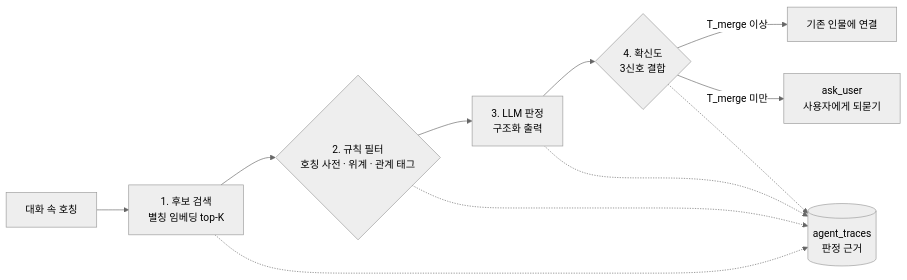
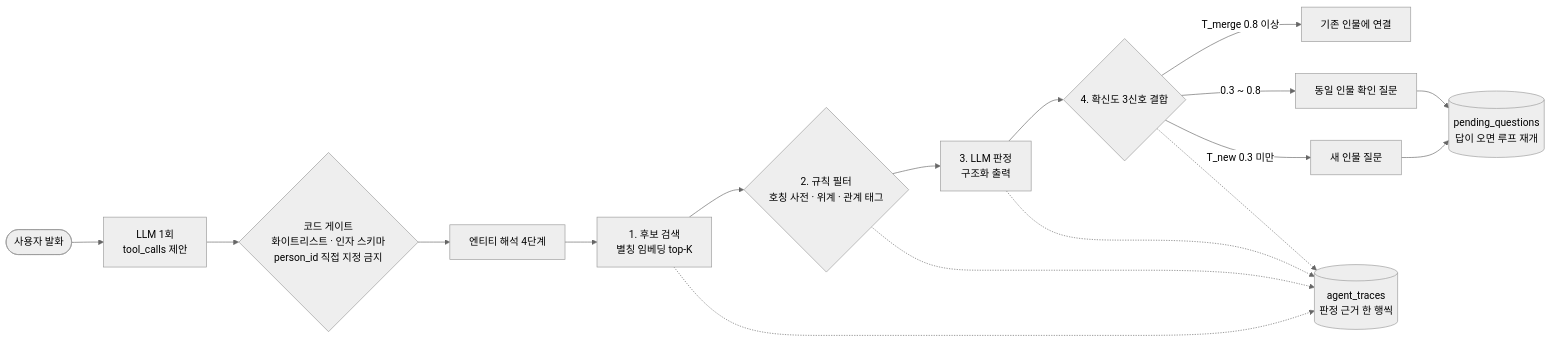
The ninth of 9 diagrams in README.md (SunWoo1213/Relationship), drawn with Mermaid (neutral theme) before and after one commit. The commit also changed other lines of this file, not shown here.

````diff
--- a/README.md
+++ b/README.md
@@ -37,10 +464,15 @@
 ```mermaid
 flowchart LR
-    M[대화 속 호칭] --> S1[1. 후보 검색<br/>별칭 임베딩 top-K]
-    S1 --> S2{2. 규칙 필터<br/>호칭 사전 · 위계 · 관계 태그}
-    S2 --> S3[3. LLM 판정<br/>구조화 출력]
-    S3 --> S4{4. 확신도<br/>3신호 결합}
-    S4 -->|T_merge 이상| MERGE[기존 인물에 연결]
-    S4 -->|T_merge 미만| ASK[ask_user<br/>사용자에게 되묻기]
-    S1 & S2 & S3 & S4 -.-> T[(agent_traces<br/>판정 근거)]
+    U(["사용자 발화"]) --> L["LLM 1회<br/>tool_calls 제안"]
+    L --> GATE{"코드 게이트<br/>화이트리스트 · 인자 스키마<br/>person_id 직접 지정 금지"}
+    GATE --> ER["엔티티 해석 4단계"]
+    ER --> T1["1. 후보 검색<br/>별칭 임베딩 top-K"]
+    T1 --> T2{"2. 규칙 필터<br/>호칭 사전 · 위계 · 관계 태그"}
+    T2 --> T3["3. LLM 판정<br/>구조화 출력"]
+    T3 --> T4{"4. 확신도 3신호 결합"}
+    T4 -->|"T_merge 0.8 이상"| MERGE["기존 인물에 연결"]
+    T4 -->|"0.3 ~ 0.8"| ASK["동일 인물 확인 질문"]
+    T4 -->|"T_new 0.3 미만"| NEW["새 인물 질문"]
+    ASK & NEW --> PQ[("pending_questions<br/>답이 오면 루프 재개")]
+    T1 & T2 & T3 & T4 -.-> TR[("agent_traces<br/>판정 근거 한 행씩")]
 ```
````
